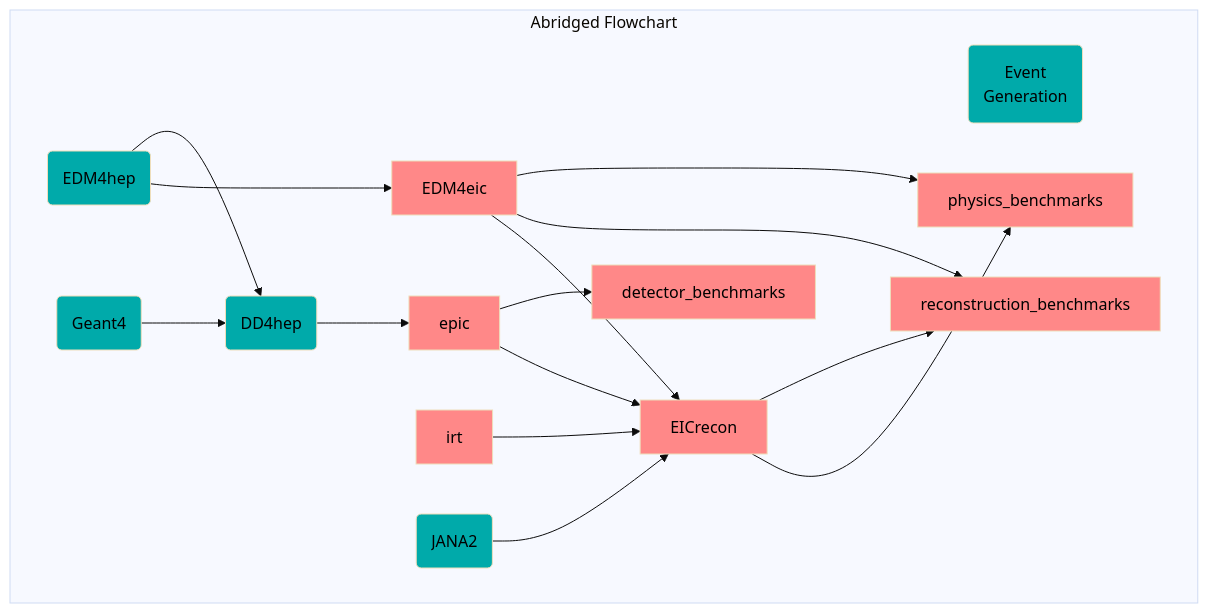
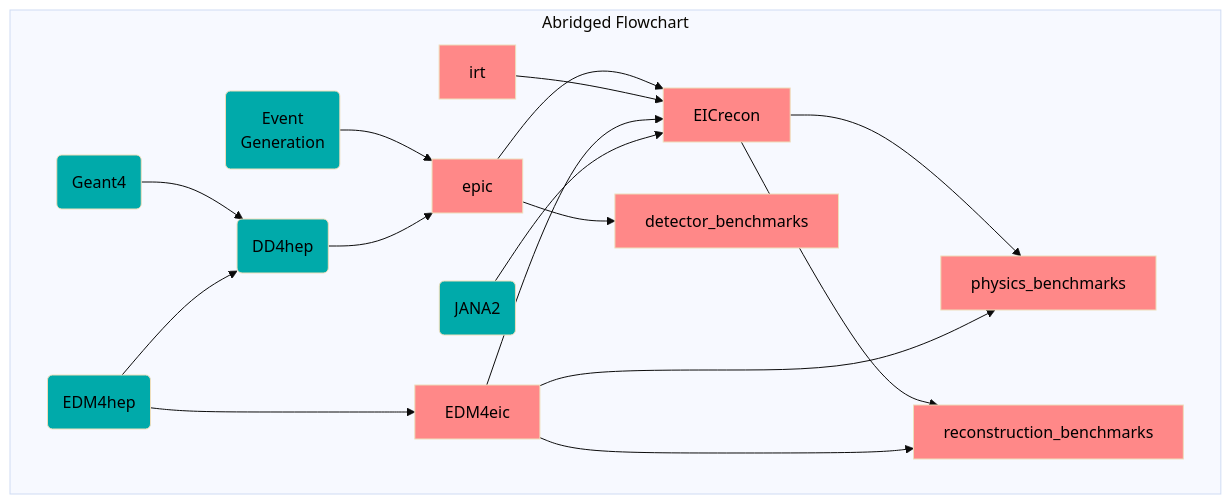
One commit to eic/drich-dev changed the second of 4 diagrams in README.md. Above: the diagram before and after it, drawn with Mermaid (base theme).

Commit message:
modified:   README.md

````diff
--- a/README.md
+++ b/README.md
@@ -214,32 +214,34 @@
 ```mermaid
 flowchart TB
   classDef epic fill:#ff8888,color:black
   classDef dep fill:#00aaaa,color:black
 
   subgraph Abridged Flowchart
     EventGeneration(Event<br/>Generation):::dep
     EDM4hep(EDM4hep):::dep
     DD4hep(DD4hep):::dep
     Geant(Geant4):::dep
     JANA(JANA2):::dep
 
     EDM4eic[EDM4eic]:::epic
     epic[epic]:::epic
     irt[irt]:::epic
     EICrecon[EICrecon]:::epic
     PhysicsBenchmarks[physics_benchmarks]:::epic
     ReconstructionBenchmarks[reconstruction_benchmarks]:::epic
     DetectorBenchmarks[detector_benchmarks]:::epic
   end
+
+  EventGeneration --> epic --> EICrecon
+  epic     --> DetectorBenchmarks
+  EICrecon --> PhysicsBenchmarks
+  EICrecon --> ReconstructionBenchmarks
+  irt      --> EICrecon
   EDM4hep  --> EDM4eic
   EDM4eic  --> EICrecon
   EDM4eic  --> ReconstructionBenchmarks
   EDM4eic  --> PhysicsBenchmarks
-  Geant    --> DD4hep --> epic --> EICrecon
+  Geant    --> DD4hep --> epic
   EDM4hep  --> DD4hep
-  irt      --> EICrecon
   JANA     --> EICrecon
-  epic     --> DetectorBenchmarks
-  EICrecon --> PhysicsBenchmarks
-  EICrecon --> ReconstructionBenchmarks
 ```
````
